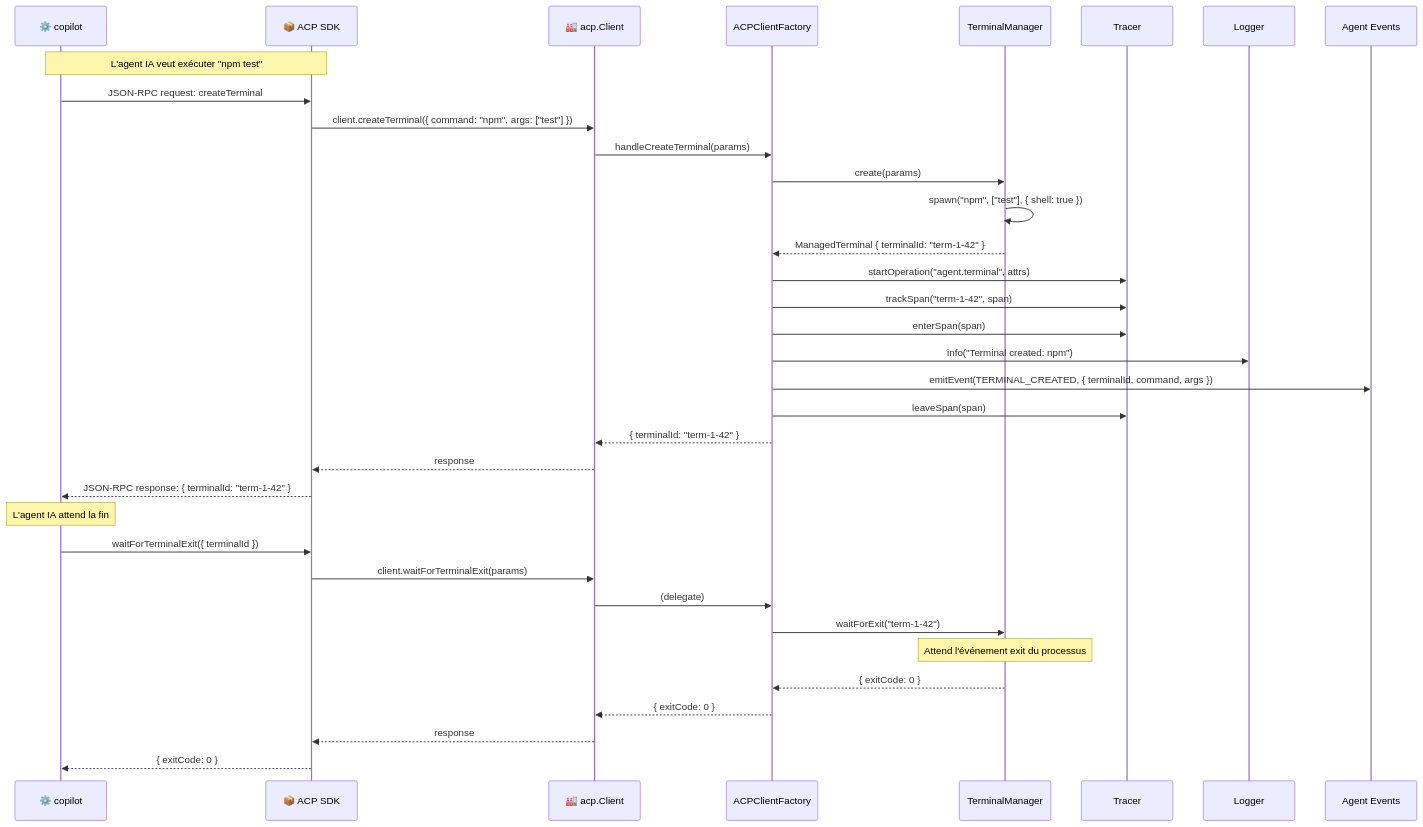
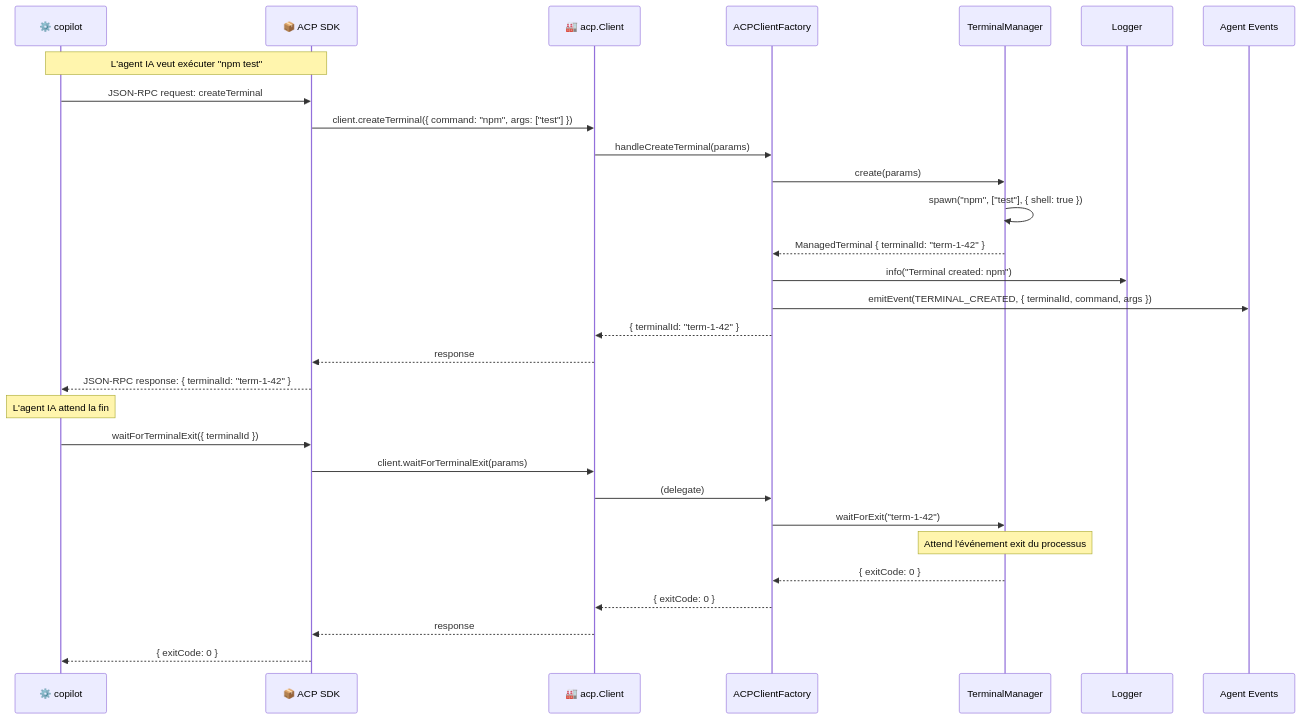
Before and after one commit to atinseau/stark: the ninth of 10 diagrams in docs/components/acp-client-factory.md, drawn with Mermaid. The commit also changed other lines of this file and 13 other files, not shown here.

````diff
--- a/docs/components/acp-client-factory.md
+++ b/docs/components/acp-client-factory.md
@@ -604,48 +479,41 @@
 ```mermaid
 sequenceDiagram
     participant PROC as ⚙️ copilot
     participant SDK as 📦 ACP SDK
     participant CLIENT as 🏭 acp.Client
     participant ACF as ACPClientFactory
     participant TM as TerminalManager
-    participant T as Tracer
     participant L as Logger
     participant A as Agent Events
 
     Note over PROC,SDK: L'agent IA veut exécuter "npm test"
 
     PROC->>SDK: JSON-RPC request: createTerminal
     SDK->>CLIENT: client.createTerminal({ command: "npm", args: ["test"] })
     CLIENT->>ACF: handleCreateTerminal(params)
 
     ACF->>TM: create(params)
     TM->>TM: spawn("npm", ["test"], { shell: true })
     TM-->>ACF: ManagedTerminal { terminalId: "term-1-42" }
 
-    ACF->>T: startOperation("agent.terminal", attrs)
-    ACF->>T: trackSpan("term-1-42", span)
-    ACF->>T: enterSpan(span)
-
     ACF->>L: info("Terminal created: npm")
     ACF->>A: emitEvent(TERMINAL_CREATED, { terminalId, command, args })
-
-    ACF->>T: leaveSpan(span)
 
     ACF-->>CLIENT: { terminalId: "term-1-42" }
     CLIENT-->>SDK: response
     SDK-->>PROC: JSON-RPC response: { terminalId: "term-1-42" }
 
     Note over PROC: L'agent IA attend la fin
 
     PROC->>SDK: waitForTerminalExit({ terminalId })
     SDK->>CLIENT: client.waitForTerminalExit(params)
     CLIENT->>ACF: (delegate)
     ACF->>TM: waitForExit("term-1-42")
 
     Note over TM: Attend l'événement exit du processus
 
     TM-->>ACF: { exitCode: 0 }
     ACF-->>CLIENT: { exitCode: 0 }
     CLIENT-->>SDK: response
     SDK-->>PROC: { exitCode: 0 }
 ```
````
